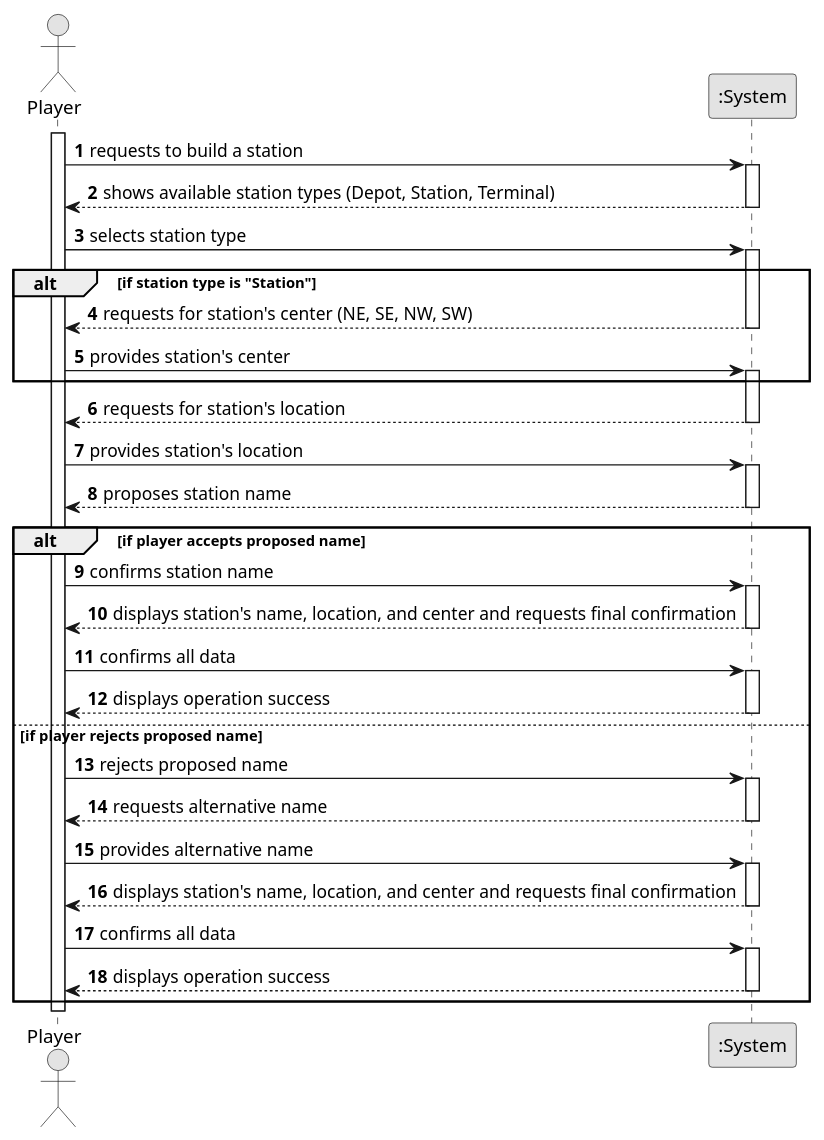
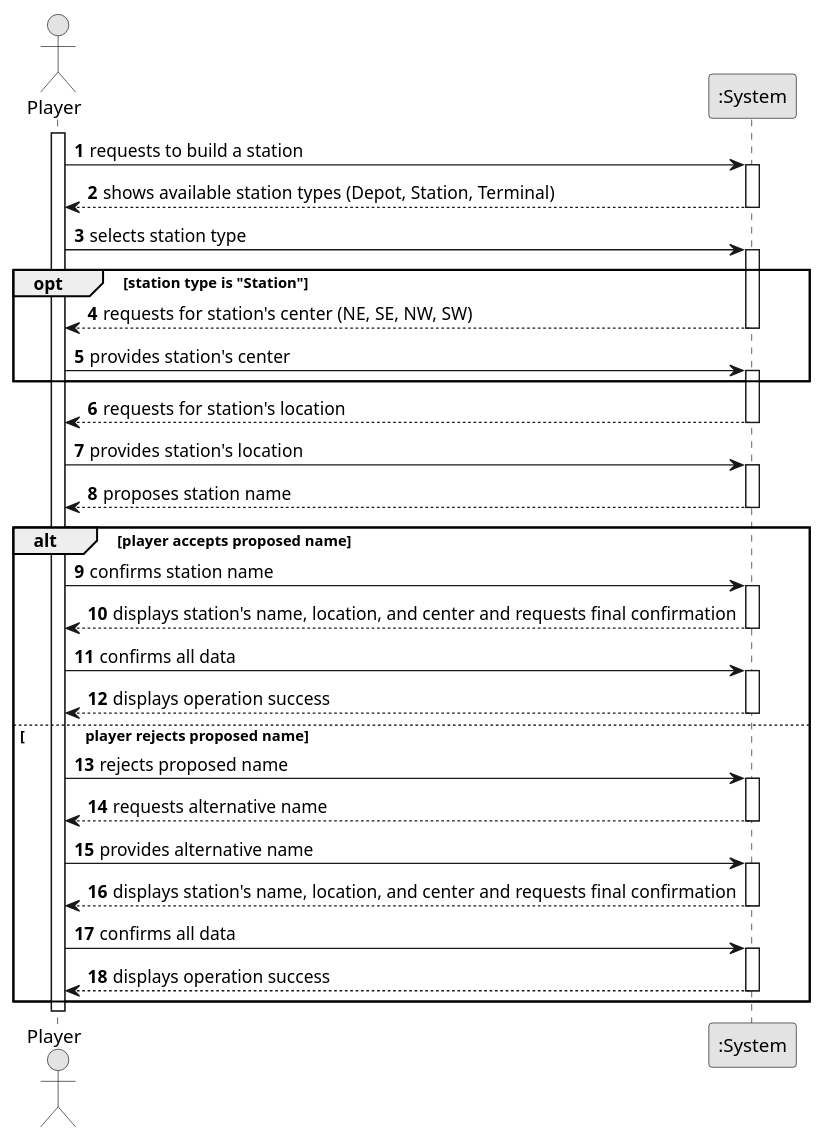
Before and after one commit to Educ00/mdisc-2425: the diagram in docs/system-documentation/sprint 1/US05/01.requirements-engineering/puml/US005-SSD.puml, drawn with PlantUML. The commit also changed 5 other files, not shown here.

```diff
--- a/docs/system-documentation/sprint 1/US05/01.requirements-engineering/puml/US005-SSD.puml
+++ b/docs/system-documentation/sprint 1/US05/01.requirements-engineering/puml/US005-SSD.puml
@@ -1,74 +1,74 @@
 @startuml
 skinparam monochrome true
 skinparam packageStyle rectangle
 skinparam shadowing false
 
 autonumber
 
 actor "Player" as Player
 participant ":System" as System
 
 activate Player
 
     Player -> System : requests to build a station
     activate System
 
         System --> Player : shows available station types (Depot, Station, Terminal)
     deactivate System
 
     Player -> System : selects station type
     activate System
 
-        alt if station type is "Station"
+        opt station type is "Station"
             System --> Player : requests for station's center (NE, SE, NW, SW)
             deactivate System
 
             Player -> System : provides station's center
             activate System
         end
 
         System --> Player : requests for station's location
     deactivate System
 
     Player -> System : provides station's location
     activate System
 
         System --> Player : proposes station name
     deactivate System
 
-    alt if player accepts proposed name
+    alt player accepts proposed name
         Player -> System : confirms station name
         activate System
 
             System --> Player : displays station's name, location, and center and requests final confirmation
         deactivate System
 
         Player -> System : confirms all data
         activate System
 
             System --> Player : displays operation success
         deactivate System
 
-    else if player rejects proposed name
+     else \t \t player rejects proposed name
 
         Player -> System : rejects proposed name
         activate System
 
             System --> Player : requests alternative name
         deactivate System
 
         Player -> System : provides alternative name
         activate System
 
             System --> Player : displays station's name, location, and center and requests final confirmation
         deactivate System
 
         Player -> System : confirms all data
         activate System
 
             System --> Player : displays operation success
         deactivate System
     end
 
 deactivate Player
 @enduml
```
